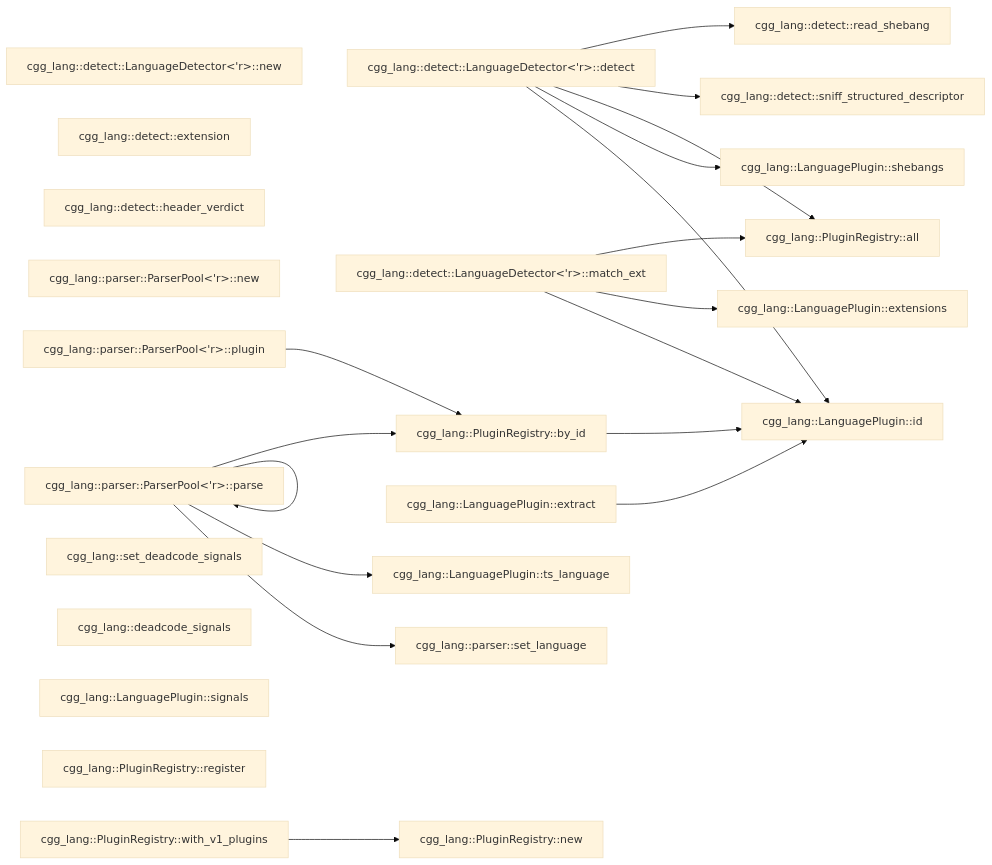
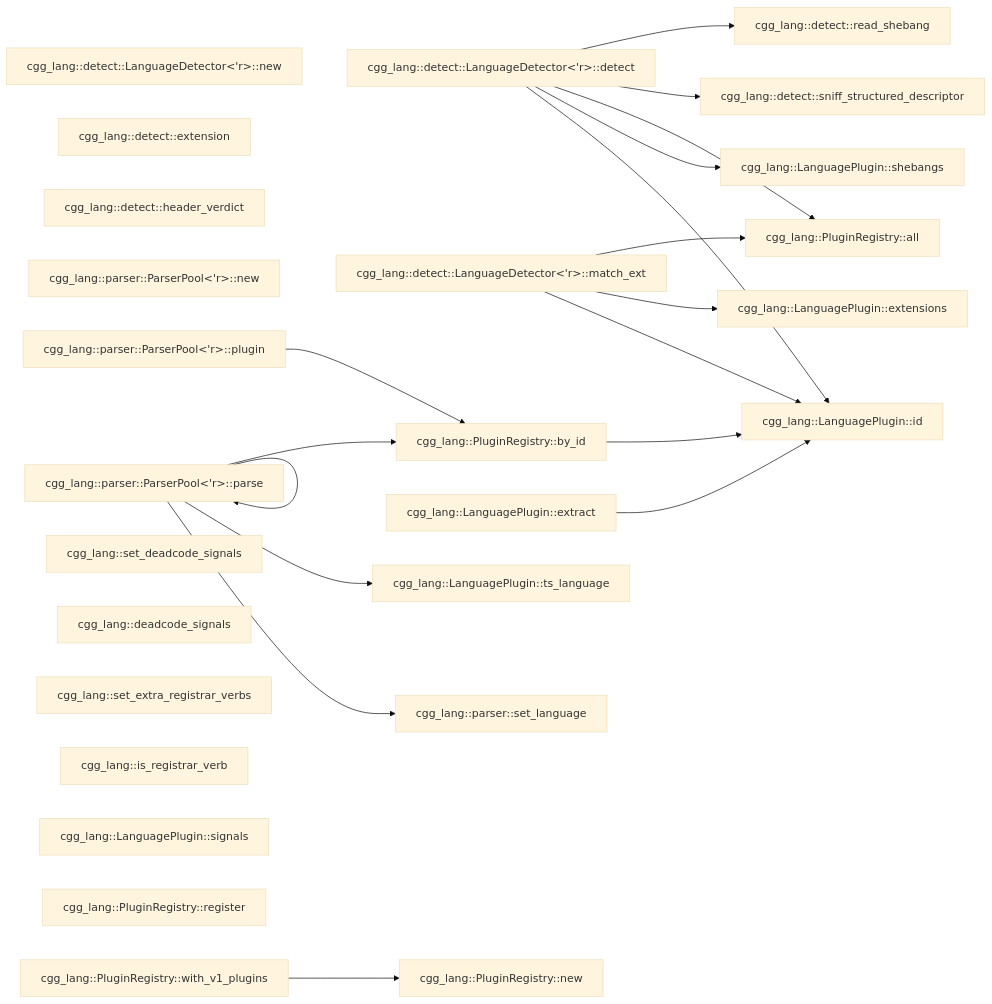
The third of 4 diagrams in README.md (NeuralNotwerk/cgg), drawn with Mermaid (base theme) before and after one commit. The commit also changed other lines of this file and 72 other files, not shown here.

````diff
--- a/README.md
+++ b/README.md
@@ -457,43 +535,45 @@
 ```mermaid
 flowchart LR
   C0["cgg_lang::detect::LanguageDetector<'r>::new"]
   C1["cgg_lang::detect::LanguageDetector<'r>::detect"]
   C2["cgg_lang::detect::LanguageDetector<'r>::match_ext"]
   C3["cgg_lang::detect::extension"]
   C4["cgg_lang::detect::sniff_structured_descriptor"]
   C5["cgg_lang::detect::read_shebang"]
   C6["cgg_lang::detect::header_verdict"]
-  C18["cgg_lang::parser::ParserPool<'r>::new"]
-  C19["cgg_lang::parser::ParserPool<'r>::parse"]
-  C20["cgg_lang::parser::ParserPool<'r>::plugin"]
-  C21["cgg_lang::parser::set_language"]
-  C25["cgg_lang::set_deadcode_signals"]
-  C26["cgg_lang::deadcode_signals"]
-  C27["cgg_lang::LanguagePlugin::id"]
-  C28["cgg_lang::LanguagePlugin::extensions"]
-  C29["cgg_lang::LanguagePlugin::shebangs"]
-  C30["cgg_lang::LanguagePlugin::signals"]
-  C31["cgg_lang::LanguagePlugin::ts_language"]
-  C32["cgg_lang::LanguagePlugin::extract"]
-  C33["cgg_lang::PluginRegistry::new"]
-  C34["cgg_lang::PluginRegistry::register"]
-  C35["cgg_lang::PluginRegistry::all"]
-  C36["cgg_lang::PluginRegistry::by_id"]
-  C37["cgg_lang::PluginRegistry::with_v1_plugins"]
-  C1 --> C27
-  C1 --> C29
-  C1 --> C35
+  C19["cgg_lang::parser::ParserPool<'r>::new"]
+  C20["cgg_lang::parser::ParserPool<'r>::parse"]
+  C21["cgg_lang::parser::ParserPool<'r>::plugin"]
+  C22["cgg_lang::parser::set_language"]
+  C26["cgg_lang::set_deadcode_signals"]
+  C27["cgg_lang::deadcode_signals"]
+  C28["cgg_lang::set_extra_registrar_verbs"]
+  C29["cgg_lang::is_registrar_verb"]
+  C30["cgg_lang::LanguagePlugin::id"]
+  C31["cgg_lang::LanguagePlugin::extensions"]
+  C32["cgg_lang::LanguagePlugin::shebangs"]
+  C33["cgg_lang::LanguagePlugin::signals"]
+  C34["cgg_lang::LanguagePlugin::ts_language"]
+  C35["cgg_lang::LanguagePlugin::extract"]
+  C36["cgg_lang::PluginRegistry::new"]
+  C37["cgg_lang::PluginRegistry::register"]
+  C38["cgg_lang::PluginRegistry::all"]
+  C39["cgg_lang::PluginRegistry::by_id"]
+  C40["cgg_lang::PluginRegistry::with_v1_plugins"]
+  C1 --> C30
+  C1 --> C32
+  C1 --> C38
   C1 --> C4
   C1 --> C5
-  C19 --> C19
-  C19 --> C21
-  C19 --> C31
-  C19 --> C36
-  C2 --> C27
-  C2 --> C28
-  C2 --> C35
-  C20 --> C36
-  C32 --> C27
-  C36 --> C27
-  C37 --> C33
+  C2 --> C30
+  C2 --> C31
+  C2 --> C38
+  C20 --> C20
+  C20 --> C22
+  C20 --> C34
+  C20 --> C39
+  C21 --> C39
+  C35 --> C30
+  C39 --> C30
+  C40 --> C36
 ```
````
